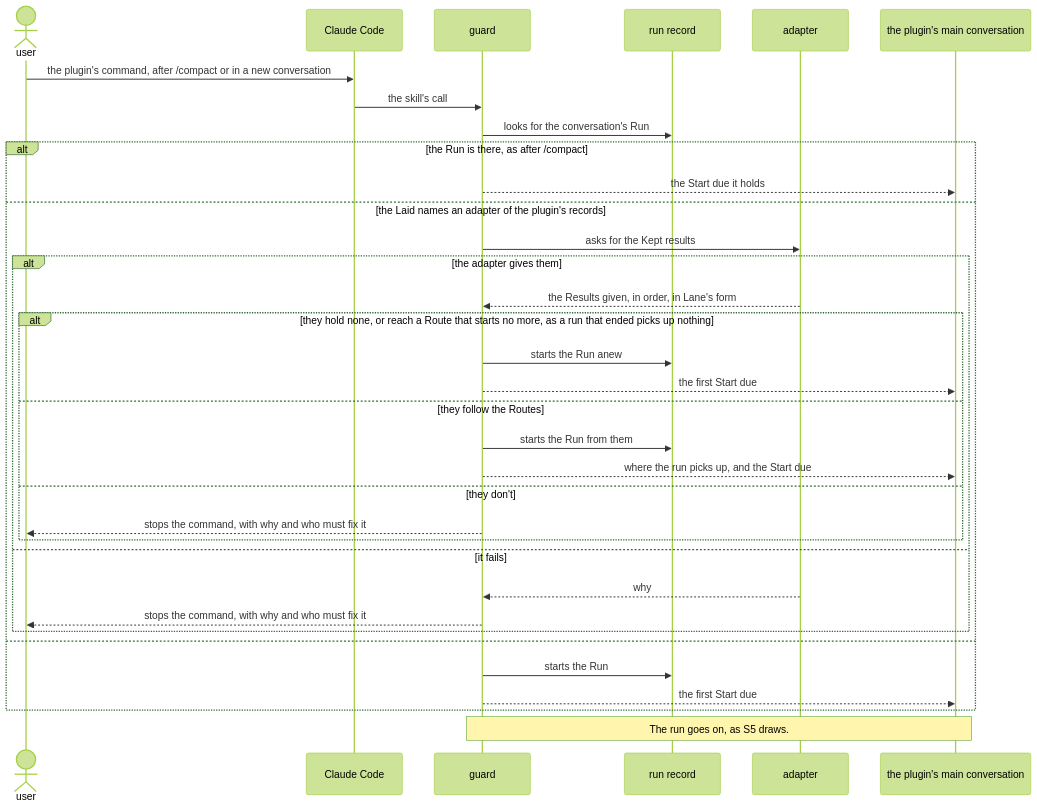
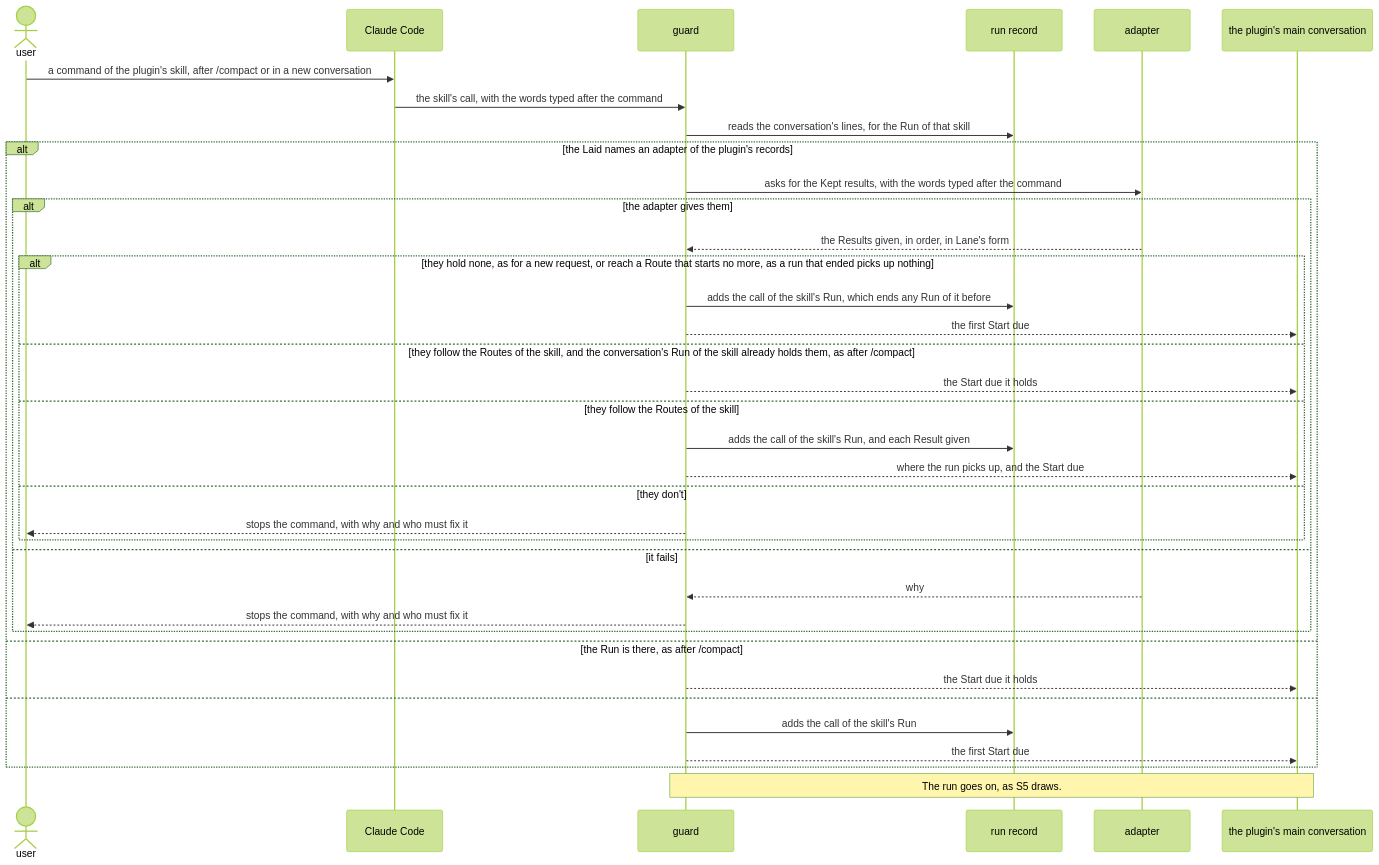
One commit to lovaizu/ccpm changed the seventh of 7 diagrams in dev/lane/architecture.md. Above: the diagram before and after it, drawn with Mermaid (forest theme). The commit also changed other lines of this file and 30 other files, not shown here.

````diff
--- a/dev/lane/architecture.md
+++ b/dev/lane/architecture.md
@@ -632,36 +694,38 @@
 ```mermaid
 sequenceDiagram
   actor U as user
   participant CC as Claude Code
   participant G as guard
   participant RS as run record
   participant A as adapter
   participant M as the plugin's main conversation
-  U->>CC: the plugin's command, after /compact or in a new conversation
-  CC->>G: the skill's call
-  G->>RS: looks for the conversation's Run
-  alt the Run is there, as after /compact
-    G-->>M: the Start due it holds
-  else the Laid names an adapter of the plugin's records
-    G->>A: asks for the Kept results
+  U->>CC: a command of the plugin's skill, after /compact or in a new conversation
+  CC->>G: the skill's call, with the words typed after the command
+  G->>RS: reads the conversation's lines, for the Run of that skill
+  alt the Laid names an adapter of the plugin's records
+    G->>A: asks for the Kept results, with the words typed after the command
     alt the adapter gives them
       A-->>G: the Results given, in order, in Lane's form
-      alt they hold none, or reach a Route that starts no more, as a run that ended picks up nothing
-        G->>RS: starts the Run anew
+      alt they hold none, as for a new request, or reach a Route that starts no more, as a run that ended picks up nothing
+        G->>RS: adds the call of the skill's Run, which ends any Run of it before
         G-->>M: the first Start due
-      else they follow the Routes
-        G->>RS: starts the Run from them
+      else they follow the Routes of the skill, and the conversation's Run of the skill already holds them, as after /compact
+        G-->>M: the Start due it holds
+      else they follow the Routes of the skill
+        G->>RS: adds the call of the skill's Run, and each Result given
         G-->>M: where the run picks up, and the Start due
       else they don't
         G-->>U: stops the command, with why and who must fix it
       end
     else it fails
       A-->>G: why
       G-->>U: stops the command, with why and who must fix it
     end
+  else the Run is there, as after /compact
+    G-->>M: the Start due it holds
   else
-    G->>RS: starts the Run
+    G->>RS: adds the call of the skill's Run
     G-->>M: the first Start due
   end
   Note over M,G: The run goes on, as S5 draws.
 ```
````
